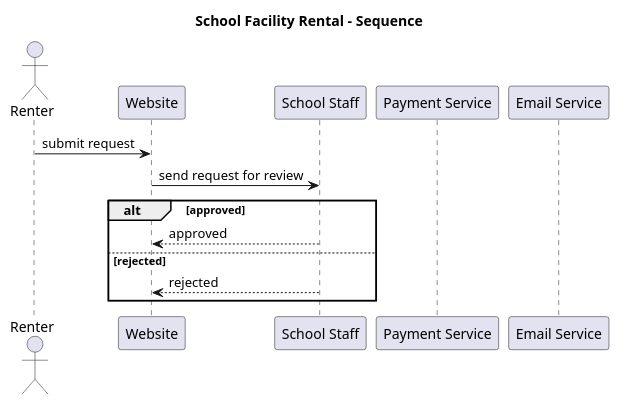
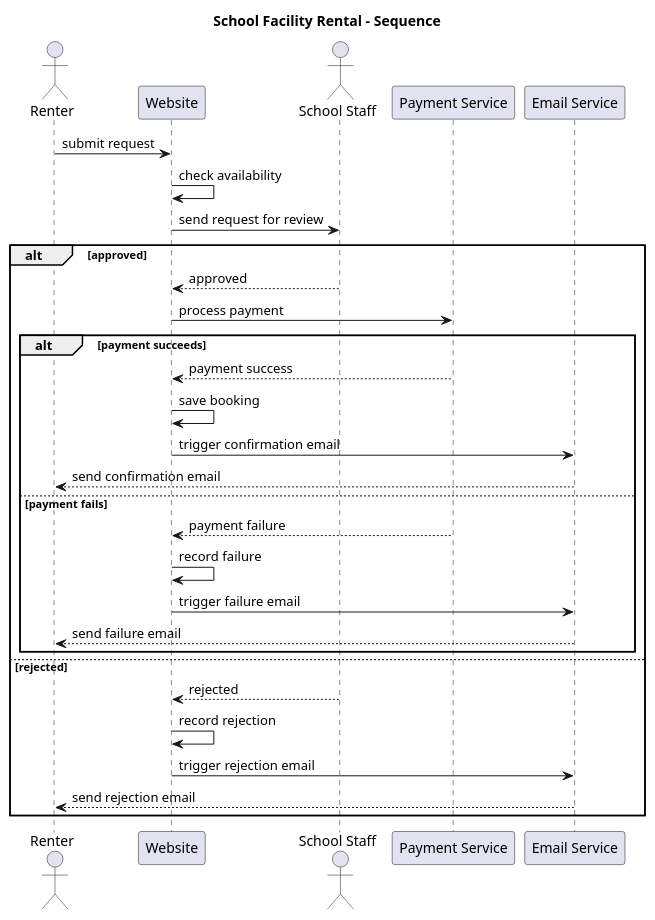
The diagram in Homework 6/SequenceDiagram.puml (echamb24/3560-Homework), drawn with PlantUML before and after one commit. The commit also changed other lines of this file and 3 other files, not shown here.

Commit message:
Finish H6 Diagrams + .pngs

```diff
--- a/Homework 6/SequenceDiagram.puml
+++ b/Homework 6/SequenceDiagram.puml
@@ -18,16 +1,37 @@
 @startuml
 title School Facility Rental - Sequence
+
 actor Renter
 participant Website
-participant "School Staff" as Staff
+actor "School Staff" as Staff
 participant "Payment Service" as Pay
 participant "Email Service" as Email
+
 Renter -> Website: submit request
+Website -> Website: check availability
 Website -> Staff: send request for review
+
 alt approved
-Staff --> Website: approved
+  Staff --> Website: approved
+  Website -> Pay: process payment
+
+  alt payment succeeds
+    Pay --> Website: payment success
+    Website -> Website: save booking
+    Website -> Email: trigger confirmation email
+    Email --> Renter: send confirmation email
+  else payment fails
+    Pay --> Website: payment failure
+    Website -> Website: record failure
+    Website -> Email: trigger failure email
+    Email --> Renter: send failure email
+  end
 
 else rejected
-Staff --> Website: rejected
+  Staff --> Website: rejected
+  Website -> Website: record rejection
+  Website -> Email: trigger rejection email
+  Email --> Renter: send rejection email
 end
+
 @enduml
```
